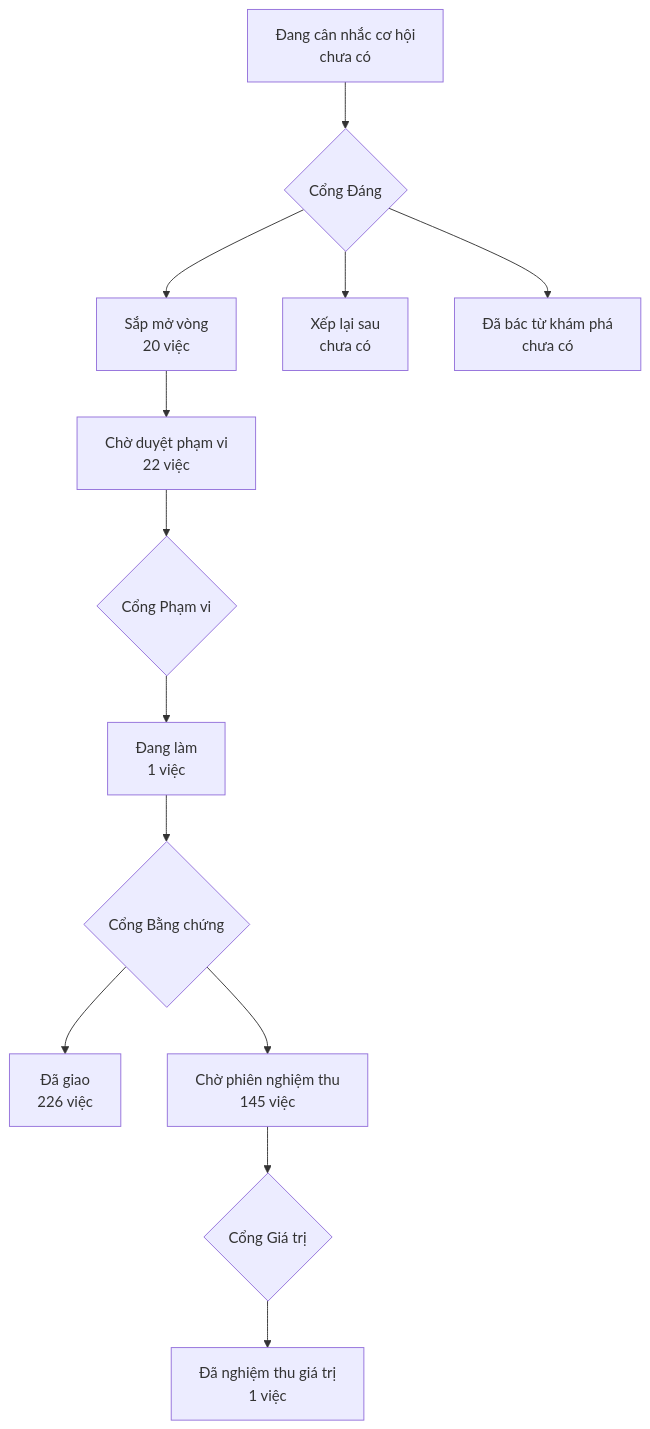
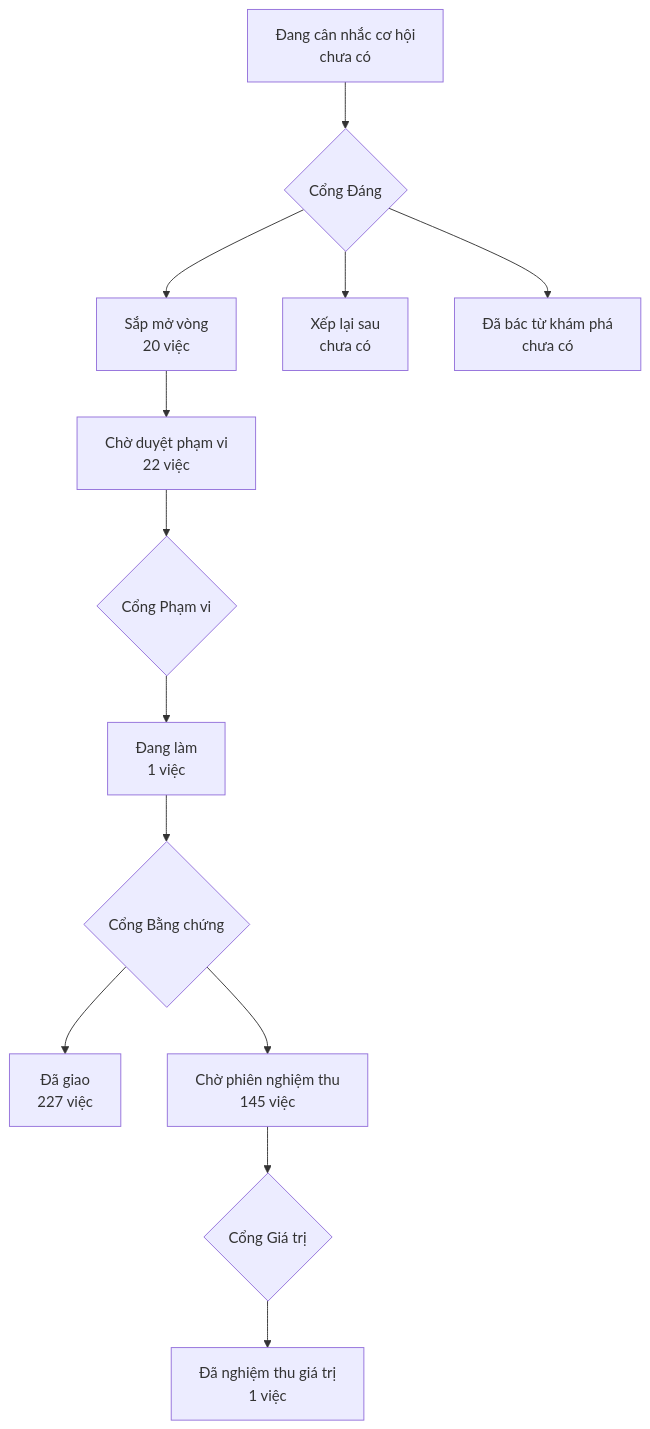
The diagram in PRODUCT-MAP.md (phanlemanh/onehub-invest), drawn with Mermaid before and after one commit. The commit also changed other lines of this file and 1 other file, not shown here.

Commit message:
chore: vẽ lại bản đồ sau khi gộp main

````diff
--- a/PRODUCT-MAP.md
+++ b/PRODUCT-MAP.md
@@ -7,12 +7,12 @@
 ```mermaid
 flowchart TD
   A["Đang cân nhắc cơ hội<br/>chưa có"] --> GD{"Cổng Đáng"}
   GD --> B["Sắp mở vòng<br/>20 việc"]
   GD --> XL["Xếp lại sau<br/>chưa có"]
   GD --> DB["Đã bác từ khám phá<br/>chưa có"]
   B --> CD["Chờ duyệt phạm vi<br/>22 việc"] --> GP{"Cổng Phạm vi"}
   GP --> DL["Đang làm<br/>1 việc"] --> GB{"Cổng Bằng chứng"}
-  GB --> DG["Đã giao<br/>226 việc"]
+  GB --> DG["Đã giao<br/>227 việc"]
   GB --> CN["Chờ phiên nghiệm thu<br/>145 việc"] --> GG{"Cổng Giá trị"}
   GG --> NT["Đã nghiệm thu giá trị<br/>1 việc"]
 ```
````
